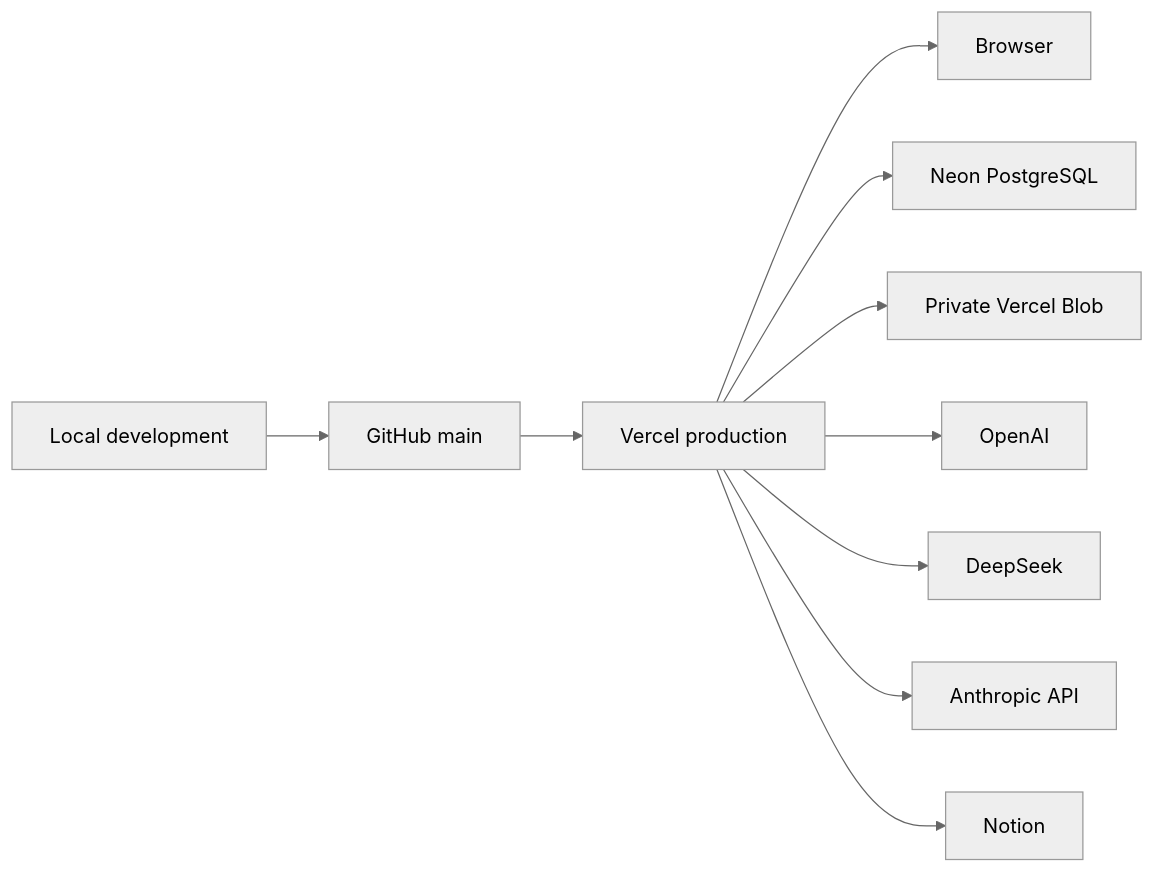
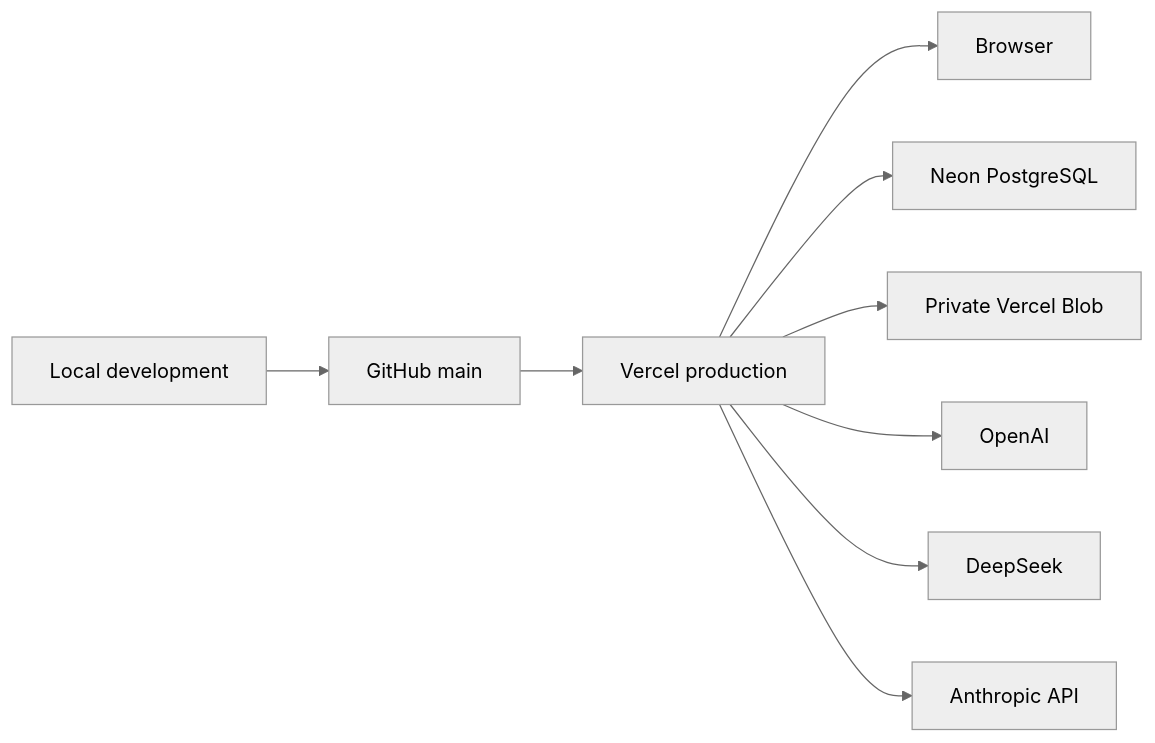
The diagram in docs/architecture/deployment.md (kakumine2001/NoteFable), drawn with Mermaid (neutral theme) before and after one commit. The commit also changed other lines of this file and 36 other files, not shown here.

````diff
--- a/docs/architecture/deployment.md
+++ b/docs/architecture/deployment.md
@@ -62,12 +62,11 @@
 ```mermaid
 flowchart LR
     Local["Local development"] --> GitHub["GitHub main"]
     GitHub --> Vercel["Vercel production"]
     Vercel --> Browser["Browser"]
     Vercel --> Neon["Neon PostgreSQL"]
     Vercel --> Blob["Private Vercel Blob"]
     Vercel --> OpenAI["OpenAI"]
     Vercel --> DeepSeek["DeepSeek"]
     Vercel --> Anthropic["Anthropic API"]
-    Vercel --> Notion["Notion"]
 ```
````
